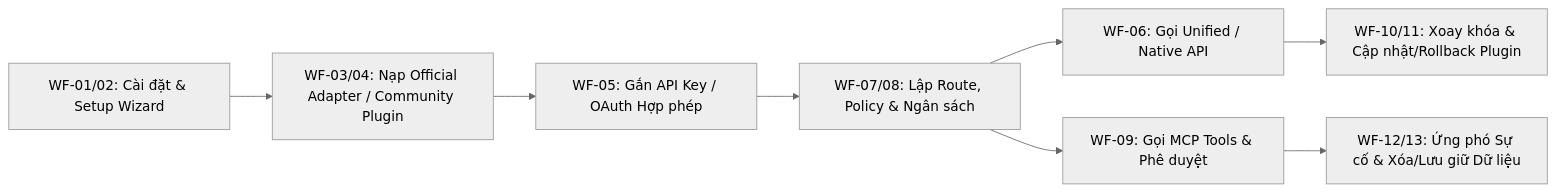
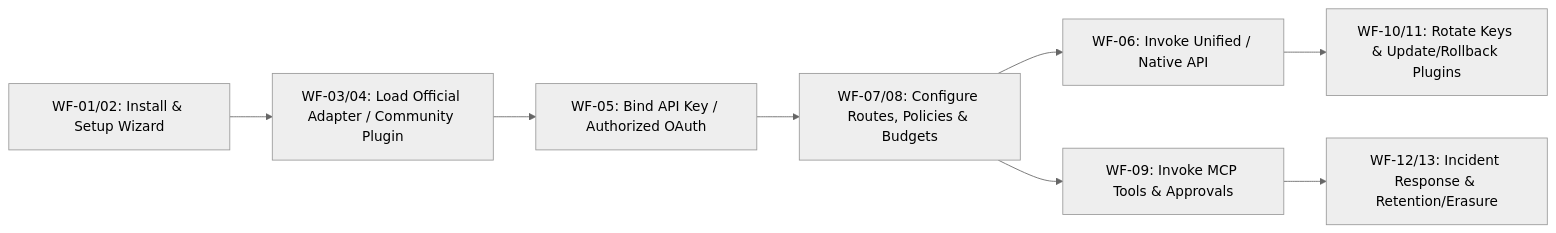
One commit to nguywnben/tanpopo changed the first of 4 diagrams in docs/requirements/workflows.md. Above: the diagram before and after it, drawn with Mermaid (neutral theme). The commit also changed other lines of this file and 111 other files, not shown here.

````diff
--- a/docs/requirements/workflows.md
+++ b/docs/requirements/workflows.md
@@ -13,10 +13,10 @@
 ```mermaid
 flowchart LR
-    W1["WF-01/02: Cài đặt & Setup Wizard"] --> W3["WF-03/04: Nạp Official Adapter / Community Plugin"]
-    W3 --> W5["WF-05: Gắn API Key / OAuth Hợp phép"]
-    W5 --> W7["WF-07/08: Lập Route, Policy & Ngân sách"]
-    W7 --> W6["WF-06: Gọi Unified / Native API"]
-    W7 --> W9["WF-09: Gọi MCP Tools & Phê duyệt"]
-    W6 --> W10["WF-10/11: Xoay khóa & Cập nhật/Rollback Plugin"]
-    W9 --> W12["WF-12/13: Ứng phó Sự cố & Xóa/Lưu giữ Dữ liệu"]
+    W1["WF-01/02: Install & Setup Wizard"] --> W3["WF-03/04: Load Official Adapter / Community Plugin"]
+    W3 --> W5["WF-05: Bind API Key / Authorized OAuth"]
+    W5 --> W7["WF-07/08: Configure Routes, Policies & Budgets"]
+    W7 --> W6["WF-06: Invoke Unified / Native API"]
+    W7 --> W9["WF-09: Invoke MCP Tools & Approvals"]
+    W6 --> W10["WF-10/11: Rotate Keys & Update/Rollback Plugins"]
+    W9 --> W12["WF-12/13: Incident Response & Retention/Erasure"]
 ```
````
